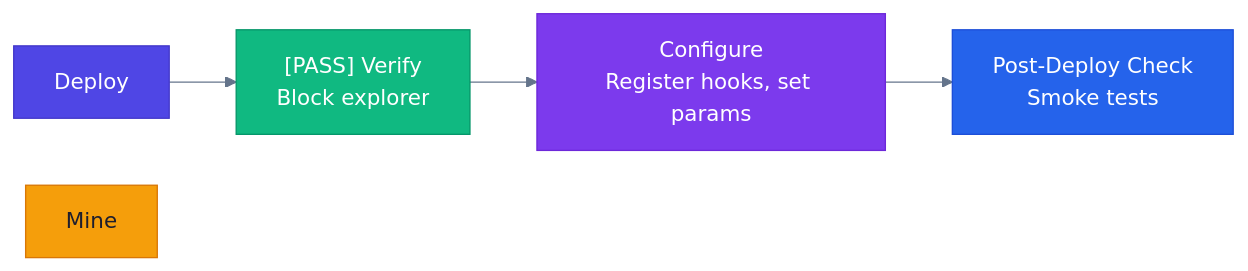
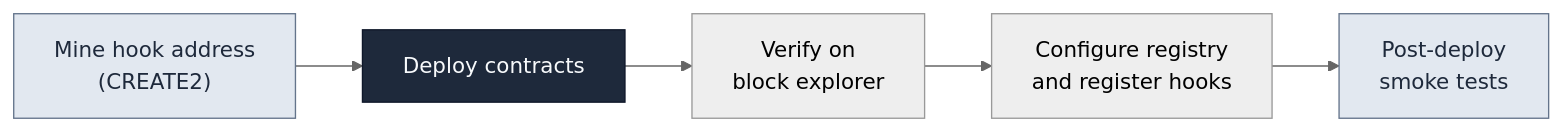
The diagram in docs/diagrams/DEPLOYMENT_1.mmd (guglxni/the-fixer-hook), drawn with Mermaid before and after one commit. The commit also changed 51 other files, not shown here.

First line of the commit message:
Redesign all 26 diagrams with professional, monochrome styling

```diff
--- a/docs/diagrams/DEPLOYMENT_1.mmd
+++ b/docs/diagrams/DEPLOYMENT_1.mmd
@@ -1,10 +1,10 @@
-%%{init: {'theme': 'neutral', 'themeVariables': { 'primaryColor': '#2563eb', 'primaryTextColor': '#1e293b', 'primaryBorderColor': '#3b82f6', 'lineColor': '#64748b', 'secondaryColor': '#f1f5f9', 'tertiaryColor': '#e2e8f0'}}}%%
+%%{init: {'theme': 'neutral', 'themeVariables': {'fontFamily': 'Inter, system-ui, sans-serif'}}}%%
 flowchart LR
-    Deploy --> Verify["[PASS] Verify\nBlock explorer"]
-    Verify --> Config[" Configure\nRegister hooks, set params"]
-    Config --> Test["Post-Deploy Check\nSmoke tests"]
-    style Mine fill:#F59E0B,color:#1E1E2E,stroke:#D97706
-    style Deploy fill:#4F46E5,color:#FFFFFF,stroke:#4338CA
-    style Verify fill:#10B981,color:#FFFFFF,stroke:#059669
-    style Config fill:#7C3AED,color:#FFFFFF,stroke:#6D28D9
-    style Test fill:#2563EB,color:#FFFFFF,stroke:#1D4ED8
+    Mine["Mine hook address<br/>(CREATE2)"] --> Deploy["Deploy contracts"]
+    Deploy --> Verify["Verify on<br/>block explorer"]
+    Verify --> Config["Configure registry<br/>and register hooks"]
+    Config --> Test["Post-deploy<br/>smoke tests"]
+
+    style Mine fill:#e2e8f0,color:#1e293b,stroke:#64748b
+    style Deploy fill:#1e293b,color:#f8fafc,stroke:#0f172a
+    style Test fill:#e2e8f0,color:#1e293b,stroke:#64748b
```
